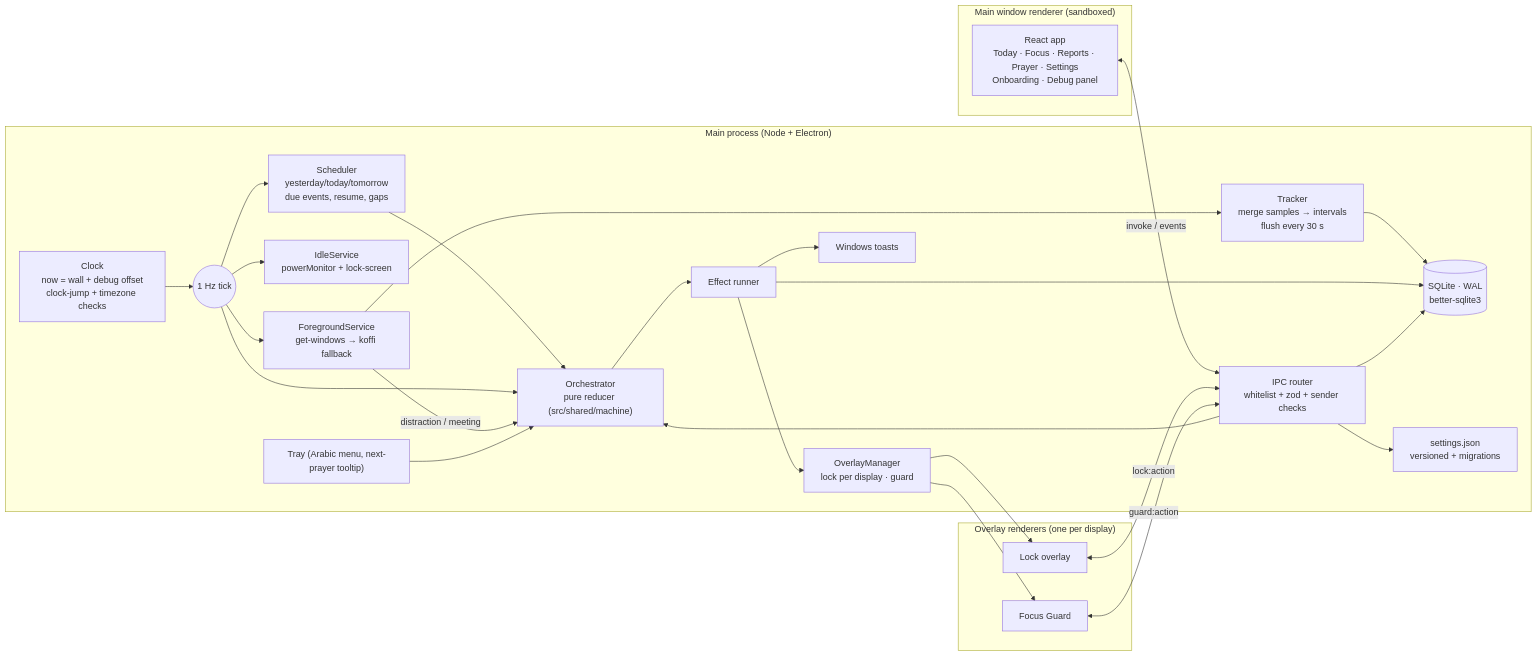
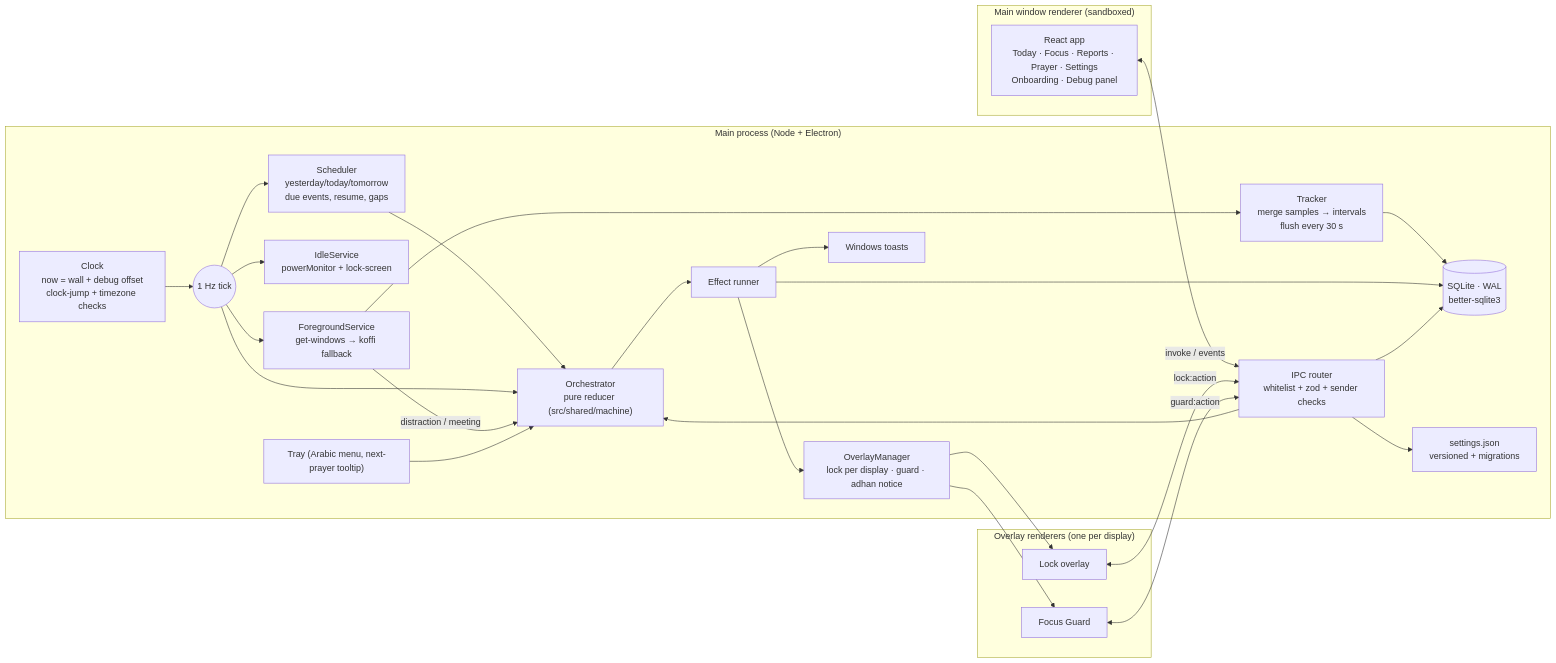
One commit to Abdulaziz-J1/waqti changed the first of 5 diagrams in ARCHITECTURE.md. Above: the diagram before and after it, drawn with Mermaid. The commit also changed other lines of this file and 46 other files, not shown here.

First line of the commit message:
feat(prayer): lock at the iqama with a 10-second adhan notice

````diff
--- a/ARCHITECTURE.md
+++ b/ARCHITECTURE.md
@@ -7,43 +7,43 @@
 ```mermaid
 flowchart LR
   subgraph Main["Main process (Node + Electron)"]
     Clock["Clock<br/>now = wall + debug offset<br/>clock-jump + timezone checks"]
     Tick(("1 Hz tick"))
     FG["ForegroundService<br/>get-windows → koffi fallback"]
     Idle["IdleService<br/>powerMonitor + lock-screen"]
     Tracker["Tracker<br/>merge samples → intervals<br/>flush every 30 s"]
     Sched["Scheduler<br/>yesterday/today/tomorrow<br/>due events, resume, gaps"]
     Machine["Orchestrator<br/>pure reducer (src/shared/machine)"]
     Effects["Effect runner"]
-    Overlays["OverlayManager<br/>lock per display · guard"]
+    Overlays["OverlayManager<br/>lock per display · guard · adhan notice"]
     Notifier["Windows toasts"]
     Tray["Tray (Arabic menu, next-prayer tooltip)"]
     DB[("SQLite · WAL<br/>better-sqlite3")]
     Settings["settings.json<br/>versioned + migrations"]
     IPC["IPC router<br/>whitelist + zod + sender checks"]
   end
   subgraph R1["Main window renderer (sandboxed)"]
     App["React app<br/>Today · Focus · Reports · Prayer · Settings<br/>Onboarding · Debug panel"]
   end
   subgraph R2["Overlay renderers (one per display)"]
     Lock["Lock overlay"]
     Guard["Focus Guard"]
   end
   Tick --> FG --> Tracker --> DB
   Tick --> Idle
   Tick --> Sched --> Machine
   Tick --> Machine
   FG -->|distraction / meeting| Machine
   Machine --> Effects
   Effects --> Overlays --> Lock & Guard
   Effects --> Notifier
   Effects --> DB
   Clock --> Tick
   App <-->|invoke / events| IPC
   Lock <-->|lock:action| IPC
   Guard <-->|guard:action| IPC
   IPC --> Machine
   IPC --> DB
   IPC --> Settings
   Tray --> Machine
 ```
````
